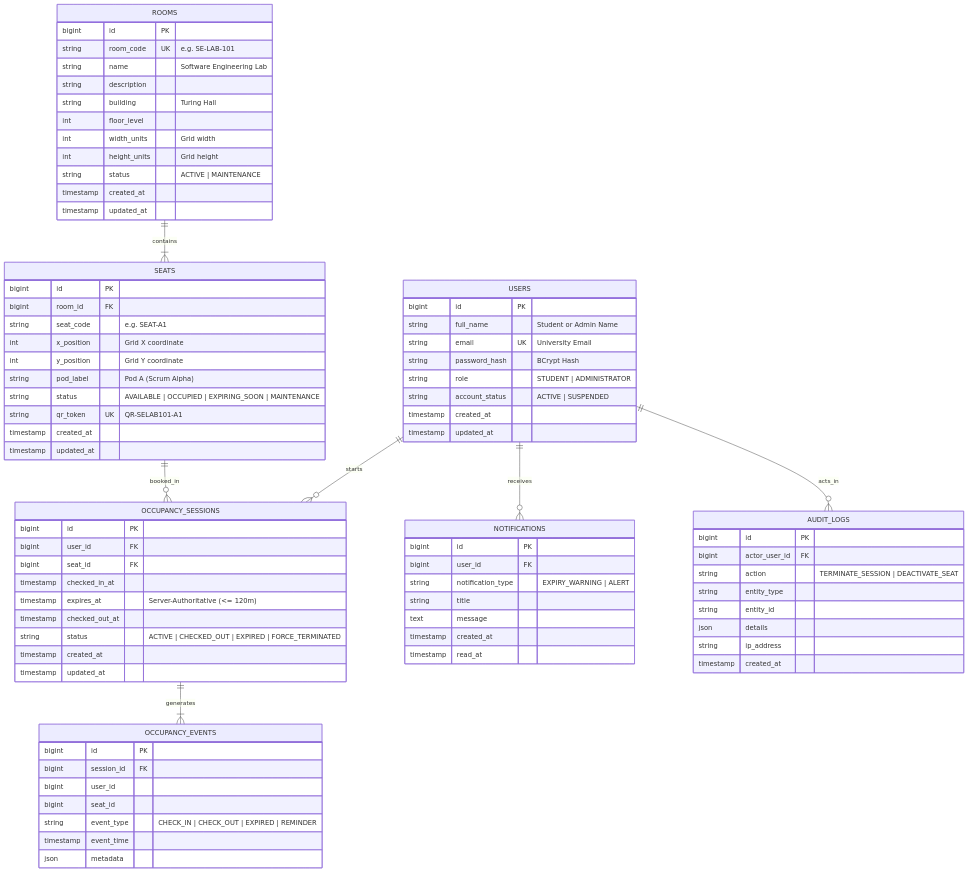
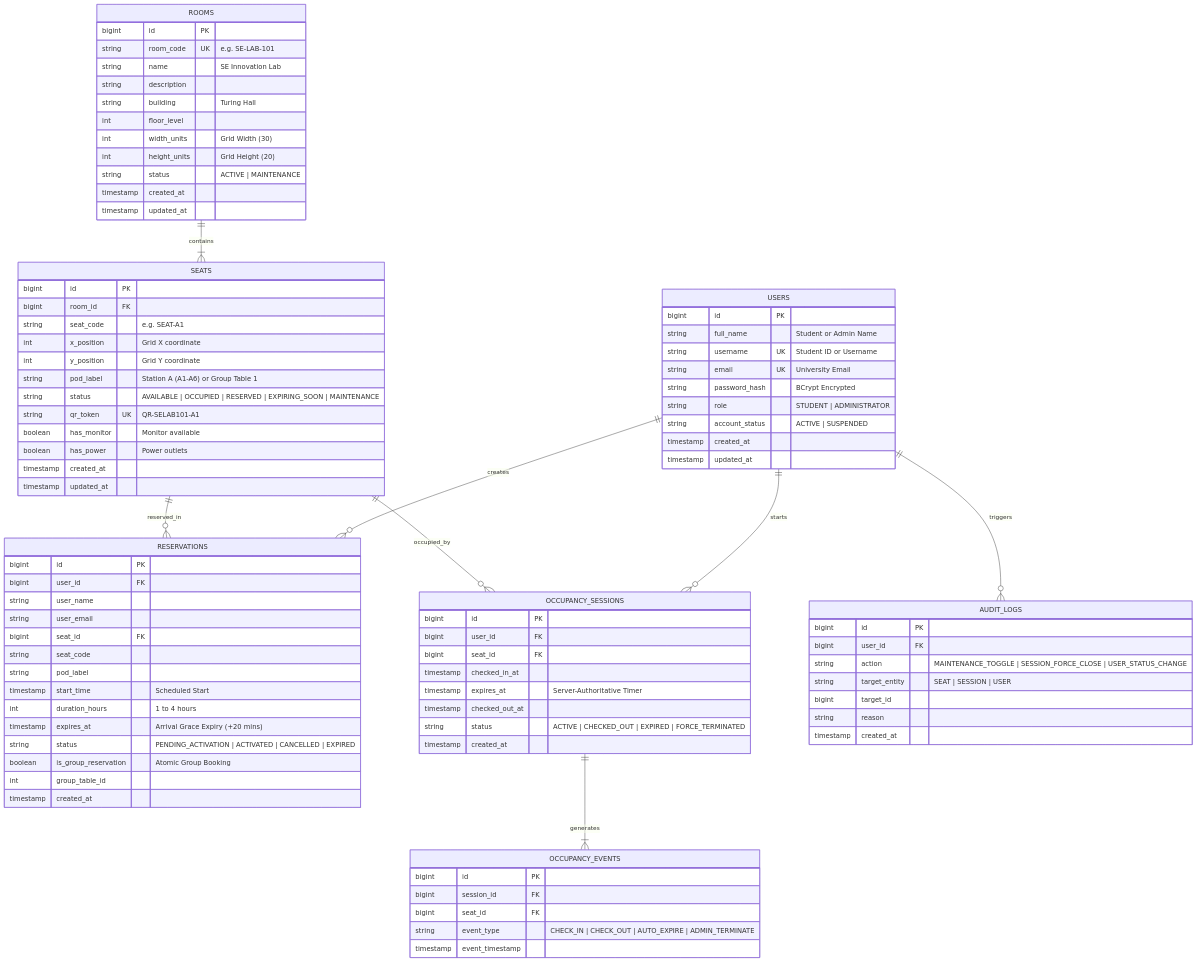
The diagram in doc/database-erd.md (occupancy-room-system/ors-project), drawn with Mermaid before and after one commit. The commit also changed other lines of this file and 7 other files, not shown here.

````diff
--- a/doc/database-erd.md
+++ b/doc/database-erd.md
@@ -5,17 +5,19 @@
 ```mermaid
 erDiagram
+    USERS ||--o{ RESERVATIONS : "creates"
     USERS ||--o{ OCCUPANCY_SESSIONS : "starts"
-    USERS ||--o{ NOTIFICATIONS : "receives"
-    USERS ||--o{ AUDIT_LOGS : "acts_in"
+    USERS ||--o{ AUDIT_LOGS : "triggers"
     ROOMS ||--|{ SEATS : "contains"
-    SEATS ||--o{ OCCUPANCY_SESSIONS : "booked_in"
+    SEATS ||--o{ RESERVATIONS : "reserved_in"
+    SEATS ||--o{ OCCUPANCY_SESSIONS : "occupied_by"
     OCCUPANCY_SESSIONS ||--|{ OCCUPANCY_EVENTS : "generates"
 
     USERS {
         bigint id PK
         string full_name "Student or Admin Name"
+        string username UK "Student ID or Username"
         string email UK "University Email"
-        string password_hash "BCrypt Hash"
+        string password_hash "BCrypt Encrypted"
         string role "STUDENT | ADMINISTRATOR"
         string account_status "ACTIVE | SUSPENDED"
         timestamp created_at
@@ -25,12 +27,12 @@
     ROOMS {
         bigint id PK
         string room_code UK "e.g. SE-LAB-101"
-        string name "Software Engineering Lab"
+        string name "SE Innovation Lab"
         string description
         string building "Turing Hall"
         int floor_level
-        int width_units "Grid width"
-        int height_units "Grid height"
+        int width_units "Grid Width (30)"
+        int height_units "Grid Height (20)"
         string status "ACTIVE | MAINTENANCE"
         timestamp created_at
         timestamp updated_at
@@ -42,11 +44,30 @@
         string seat_code "e.g. SEAT-A1"
         int x_position "Grid X coordinate"
         int y_position "Grid Y coordinate"
-        string pod_label "Pod A (Scrum Alpha)"
-        string status "AVAILABLE | OCCUPIED | EXPIRING_SOON | MAINTENANCE"
+        string pod_label "Station A (A1-A6) or Group Table 1"
+        string status "AVAILABLE | OCCUPIED | RESERVED | EXPIRING_SOON | MAINTENANCE"
         string qr_token UK "QR-SELAB101-A1"
+        boolean has_monitor "Monitor available"
+        boolean has_power "Power outlets"
         timestamp created_at
         timestamp updated_at
+    }
+
+    RESERVATIONS {
+        bigint id PK
+        bigint user_id FK
+        string user_name
+        string user_email
+        bigint seat_id FK
+        string seat_code
+        string pod_label
+        timestamp start_time "Scheduled Start"
+        int duration_hours "1 to 4 hours"
+        timestamp expires_at "Arrival Grace Expiry (+20 mins)"
+        string status "PENDING_ACTIVATION | ACTIVATED | CANCELLED | EXPIRED"
+        boolean is_group_reservation "Atomic Group Booking"
+        int group_table_id
+        timestamp created_at
     }
 
     OCCUPANCY_SESSIONS {
@@ -54,41 +75,27 @@
         bigint user_id FK
         bigint seat_id FK
         timestamp checked_in_at
-        timestamp expires_at "Server-Authoritative (<= 120m)"
+        timestamp expires_at "Server-Authoritative Timer"
         timestamp checked_out_at
         string status "ACTIVE | CHECKED_OUT | EXPIRED | FORCE_TERMINATED"
         timestamp created_at
-        timestamp updated_at
     }
 
     OCCUPANCY_EVENTS {
         bigint id PK
         bigint session_id FK
-        bigint user_id
-        bigint seat_id
-        string event_type "CHECK_IN | CHECK_OUT | EXPIRED | REMINDER"
-        timestamp event_time
-        json metadata
-    }
-
-    NOTIFICATIONS {
-        bigint id PK
-        bigint user_id FK
-        string notification_type "EXPIRY_WARNING | ALERT"
-        string title
-        text message
-        timestamp created_at
-        timestamp read_at
+        bigint seat_id FK
+        string event_type "CHECK_IN | CHECK_OUT | AUTO_EXPIRE | ADMIN_TERMINATE"
+        timestamp event_timestamp
     }
 
     AUDIT_LOGS {
         bigint id PK
-        bigint actor_user_id FK
-        string action "TERMINATE_SESSION | DEACTIVATE_SEAT"
-        string entity_type
-        string entity_id
-        json details
-        string ip_address
+        bigint user_id FK
+        string action "MAINTENANCE_TOGGLE | SESSION_FORCE_CLOSE | USER_STATUS_CHANGE"
+        string target_entity "SEAT | SESSION | USER"
+        bigint target_id
+        string reason
         timestamp created_at
     }
 ```
````
